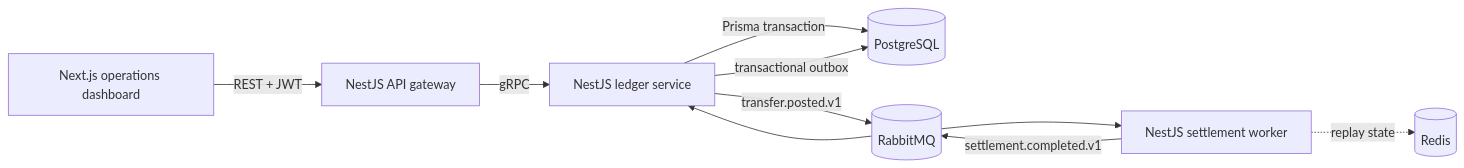
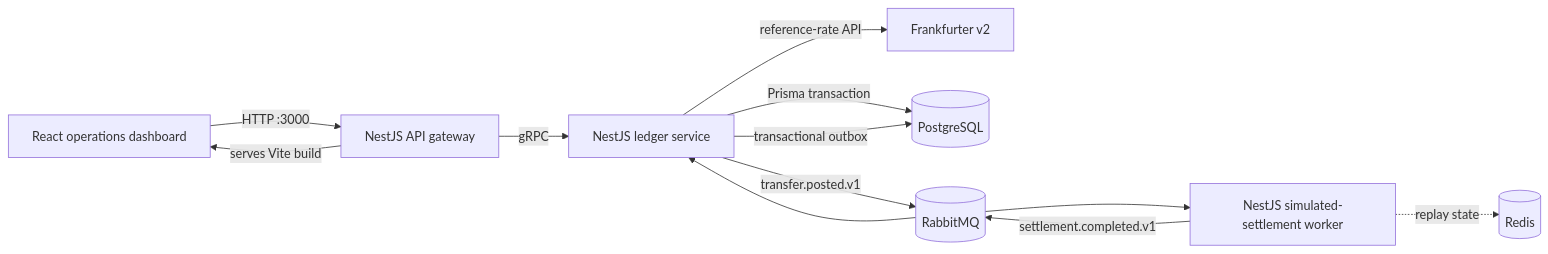
One commit to Kamellion-Dev/ledger-flow changed the diagram in README.md. Above: the diagram before and after it, drawn with Mermaid. The commit also changed other lines of this file and 1 other file, not shown here.

First line of the commit message:
docs: align LedgerFlow with the implemented simulator

````diff
--- a/README.md
+++ b/README.md
@@ -27,12 +38,14 @@
 ```mermaid
 flowchart LR
-  Web[Next.js operations dashboard] -->|REST + JWT| API[NestJS API gateway]
+  Browser[React operations dashboard] -->|HTTP :3000| API[NestJS API gateway]
+  API -->|serves Vite build| Browser
   API -->|gRPC| Ledger[NestJS ledger service]
+  Ledger -->|reference-rate API| FX[Frankfurter v2]
   Ledger -->|Prisma transaction| PG[(PostgreSQL)]
   Ledger -->|transactional outbox| PG
   Ledger -->|transfer.posted.v1| MQ[(RabbitMQ)]
-  MQ --> Worker[NestJS settlement worker]
+  MQ --> Worker[NestJS simulated-settlement worker]
   Worker -. replay state .-> Redis[(Redis)]
   Worker -->|settlement.completed.v1| MQ
   MQ --> Ledger
 ```
````
